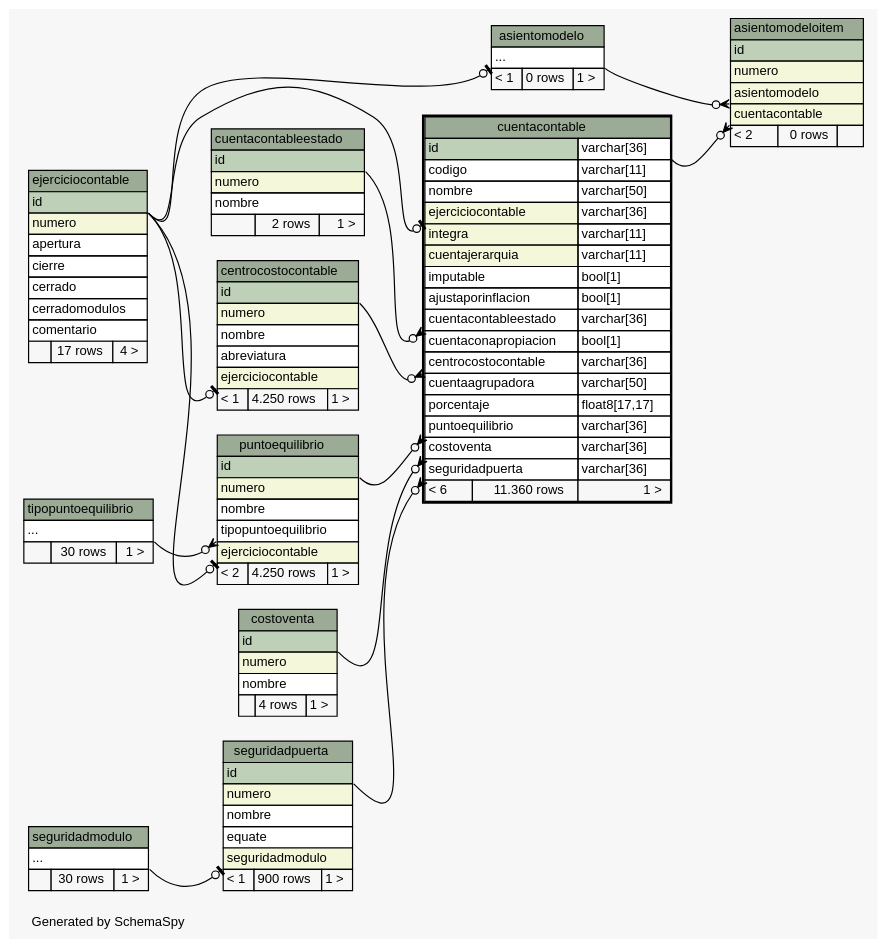
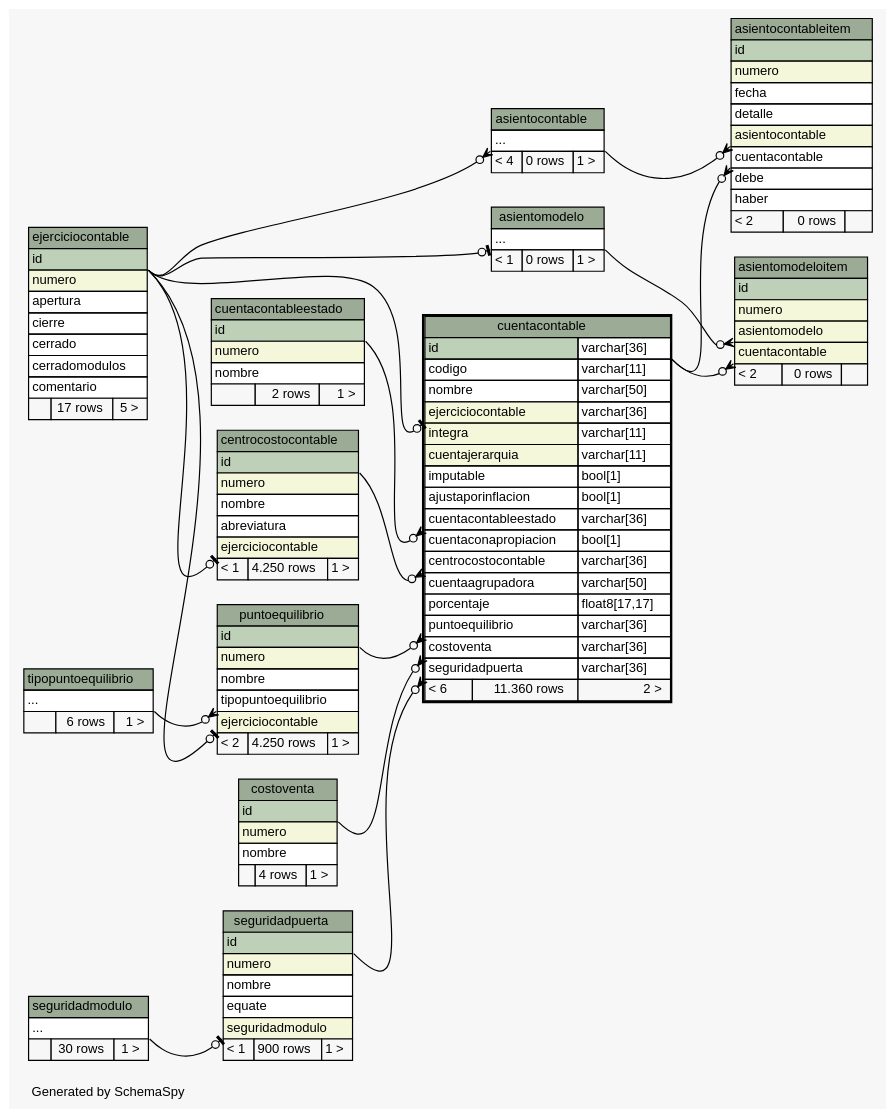
The diagram in files/db/pp/schema/diagrams/cuentacontable.2degrees.dot (diegopablomansilla/ms14), drawn with Graphviz before and after one commit. The commit also changed 134 other files, not shown here.

```diff
--- a/files/db/pp/schema/diagrams/cuentacontable.2degrees.dot
+++ b/files/db/pp/schema/diagrams/cuentacontable.2degrees.dot
@@ -19,6 +19,9 @@
   edge [
     arrowsize="0.8"
   ];
+  "asientocontable":"elipses":sw -> "ejerciciocontable":"id":se [arrowhead=none dir=back arrowtail=crowodot];
+  "asientocontableitem":"asientocontable":sw -> "asientocontable":"elipses":se [arrowhead=none dir=back arrowtail=crowodot];
+  "asientocontableitem":"cuentacontable":sw -> "cuentacontable":"id.type":se [arrowhead=none dir=back arrowtail=crowodot];
   "asientomodelo":"elipses":sw -> "ejerciciocontable":"id":se [arrowhead=none dir=back arrowtail=teeodot];
   "asientomodeloitem":"asientomodelo":sw -> "asientomodelo":"elipses":se [arrowhead=none dir=back arrowtail=crowodot];
   "asientomodeloitem":"cuentacontable":sw -> "cuentacontable":"id.type":se [arrowhead=none dir=back arrowtail=crowodot];
@@ -32,6 +35,33 @@
   "puntoequilibrio":"ejerciciocontable":sw -> "ejerciciocontable":"id":se [arrowhead=none dir=back arrowtail=teeodot];
   "puntoequilibrio":"tipopuntoequilibrio":sw -> "tipopuntoequilibrio":"elipses":se [arrowhead=none dir=back arrowtail=crowodot];
   "seguridadpuerta":"seguridadmodulo":sw -> "seguridadmodulo":"elipses":se [arrowhead=none dir=back arrowtail=teeodot];
+  "asientocontable" [
+    label=<
+    <TABLE BORDER="0" CELLBORDER="1" CELLSPACING="0" BGCOLOR="#ffffff">
+      <TR><TD COLSPAN="3" BGCOLOR="#9bab96" ALIGN="CENTER">asientocontable</TD></TR>
+      <TR><TD PORT="elipses" COLSPAN="3" ALIGN="LEFT">...</TD></TR>
+      <TR><TD ALIGN="LEFT" BGCOLOR="#f7f7f7">&lt; 4</TD><TD ALIGN="RIGHT" BGCOLOR="#f7f7f7">0 rows</TD><TD ALIGN="RIGHT" BGCOLOR="#f7f7f7">1 &gt;</TD></TR>
+    </TABLE>>
+    URL="asientocontable.html"
+    tooltip="asientocontable"
+  ];
+  "asientocontableitem" [
+    label=<
+    <TABLE BORDER="0" CELLBORDER="1" CELLSPACING="0" BGCOLOR="#ffffff">
+      <TR><TD COLSPAN="3" BGCOLOR="#9bab96" ALIGN="CENTER">asientocontableitem</TD></TR>
+      <TR><TD PORT="id" COLSPAN="3" BGCOLOR="#bed1b8" ALIGN="LEFT">id</TD></TR>
+      <TR><TD PORT="numero" COLSPAN="3" BGCOLOR="#f4f7da" ALIGN="LEFT">numero</TD></TR>
+      <TR><TD PORT="fecha" COLSPAN="3" ALIGN="LEFT">fecha</TD></TR>
+      <TR><TD PORT="detalle" COLSPAN="3" ALIGN="LEFT">detalle</TD></TR>
+      <TR><TD PORT="asientocontable" COLSPAN="3" BGCOLOR="#f4f7da" ALIGN="LEFT">asientocontable</TD></TR>
+      <TR><TD PORT="cuentacontable" COLSPAN="3" ALIGN="LEFT">cuentacontable</TD></TR>
+      <TR><TD PORT="debe" COLSPAN="3" ALIGN="LEFT">debe</TD></TR>
+      <TR><TD PORT="haber" COLSPAN="3" ALIGN="LEFT">haber</TD></TR>
+      <TR><TD ALIGN="LEFT" BGCOLOR="#f7f7f7">&lt; 2</TD><TD ALIGN="RIGHT" BGCOLOR="#f7f7f7">0 rows</TD><TD ALIGN="RIGHT" BGCOLOR="#f7f7f7">  </TD></TR>
+    </TABLE>>
+    URL="asientocontableitem.html"
+    tooltip="asientocontableitem"
+  ];
   "asientomodelo" [
     label=<
     <TABLE BORDER="0" CELLBORDER="1" CELLSPACING="0" BGCOLOR="#ffffff">
@@ -101,7 +131,7 @@
       <TR><TD PORT="puntoequilibrio" COLSPAN="2" ALIGN="LEFT">puntoequilibrio</TD><TD PORT="puntoequilibrio.type" ALIGN="LEFT">varchar[36]</TD></TR>
       <TR><TD PORT="costoventa" COLSPAN="2" ALIGN="LEFT">costoventa</TD><TD PORT="costoventa.type" ALIGN="LEFT">varchar[36]</TD></TR>
       <TR><TD PORT="seguridadpuerta" COLSPAN="2" ALIGN="LEFT">seguridadpuerta</TD><TD PORT="seguridadpuerta.type" ALIGN="LEFT">varchar[36]</TD></TR>
-      <TR><TD ALIGN="LEFT" BGCOLOR="#f7f7f7">&lt; 6</TD><TD ALIGN="RIGHT" BGCOLOR="#f7f7f7">11.360 rows</TD><TD ALIGN="RIGHT" BGCOLOR="#f7f7f7">1 &gt;</TD></TR>
+      <TR><TD ALIGN="LEFT" BGCOLOR="#f7f7f7">&lt; 6</TD><TD ALIGN="RIGHT" BGCOLOR="#f7f7f7">11.360 rows</TD><TD ALIGN="RIGHT" BGCOLOR="#f7f7f7">2 &gt;</TD></TR>
     </TABLE>>
     URL="cuentacontable.html"
     tooltip="cuentacontable"
@@ -129,7 +159,7 @@
       <TR><TD PORT="cerrado" COLSPAN="3" ALIGN="LEFT">cerrado</TD></TR>
       <TR><TD PORT="cerradomodulos" COLSPAN="3" ALIGN="LEFT">cerradomodulos</TD></TR>
       <TR><TD PORT="comentario" COLSPAN="3" ALIGN="LEFT">comentario</TD></TR>
-      <TR><TD ALIGN="LEFT" BGCOLOR="#f7f7f7">  </TD><TD ALIGN="RIGHT" BGCOLOR="#f7f7f7">17 rows</TD><TD ALIGN="RIGHT" BGCOLOR="#f7f7f7">4 &gt;</TD></TR>
+      <TR><TD ALIGN="LEFT" BGCOLOR="#f7f7f7">  </TD><TD ALIGN="RIGHT" BGCOLOR="#f7f7f7">17 rows</TD><TD ALIGN="RIGHT" BGCOLOR="#f7f7f7">5 &gt;</TD></TR>
     </TABLE>>
     URL="ejerciciocontable.html"
     tooltip="ejerciciocontable"
@@ -177,7 +207,7 @@
     <TABLE BORDER="0" CELLBORDER="1" CELLSPACING="0" BGCOLOR="#ffffff">
       <TR><TD COLSPAN="3" BGCOLOR="#9bab96" ALIGN="CENTER">tipopuntoequilibrio</TD></TR>
       <TR><TD PORT="elipses" COLSPAN="3" ALIGN="LEFT">...</TD></TR>
-      <TR><TD ALIGN="LEFT" BGCOLOR="#f7f7f7">  </TD><TD ALIGN="RIGHT" BGCOLOR="#f7f7f7">30 rows</TD><TD ALIGN="RIGHT" BGCOLOR="#f7f7f7">1 &gt;</TD></TR>
+      <TR><TD ALIGN="LEFT" BGCOLOR="#f7f7f7">  </TD><TD ALIGN="RIGHT" BGCOLOR="#f7f7f7">6 rows</TD><TD ALIGN="RIGHT" BGCOLOR="#f7f7f7">1 &gt;</TD></TR>
     </TABLE>>
     URL="tipopuntoequilibrio.html"
     tooltip="tipopuntoequilibrio"
```
